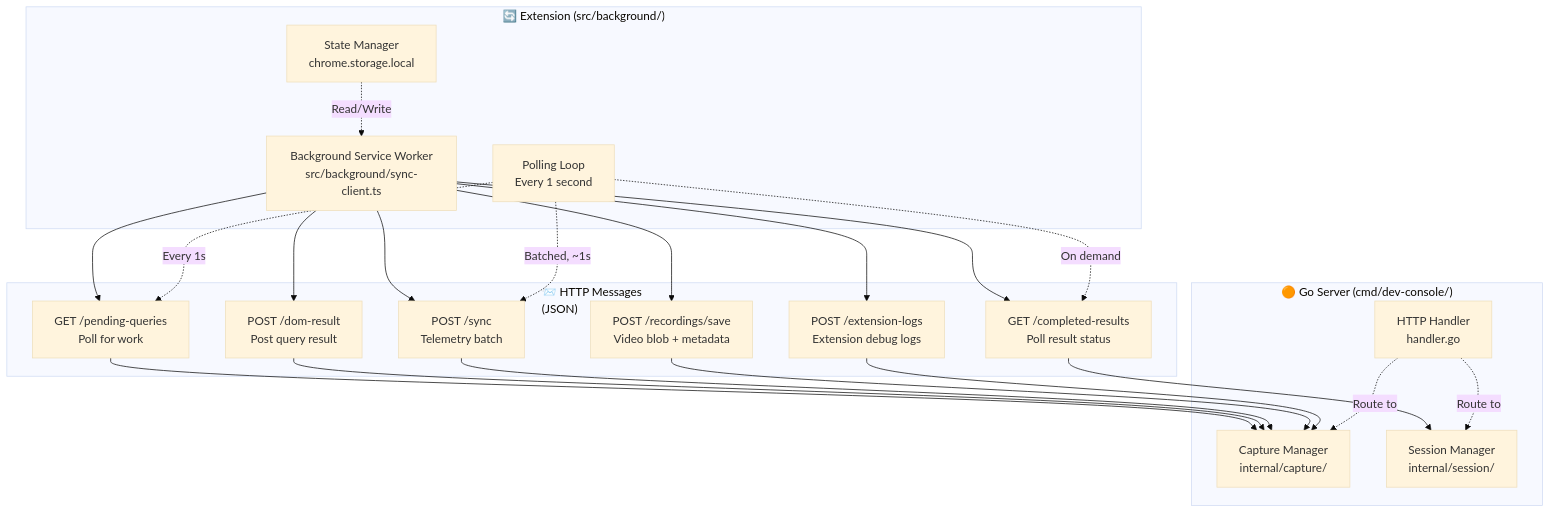
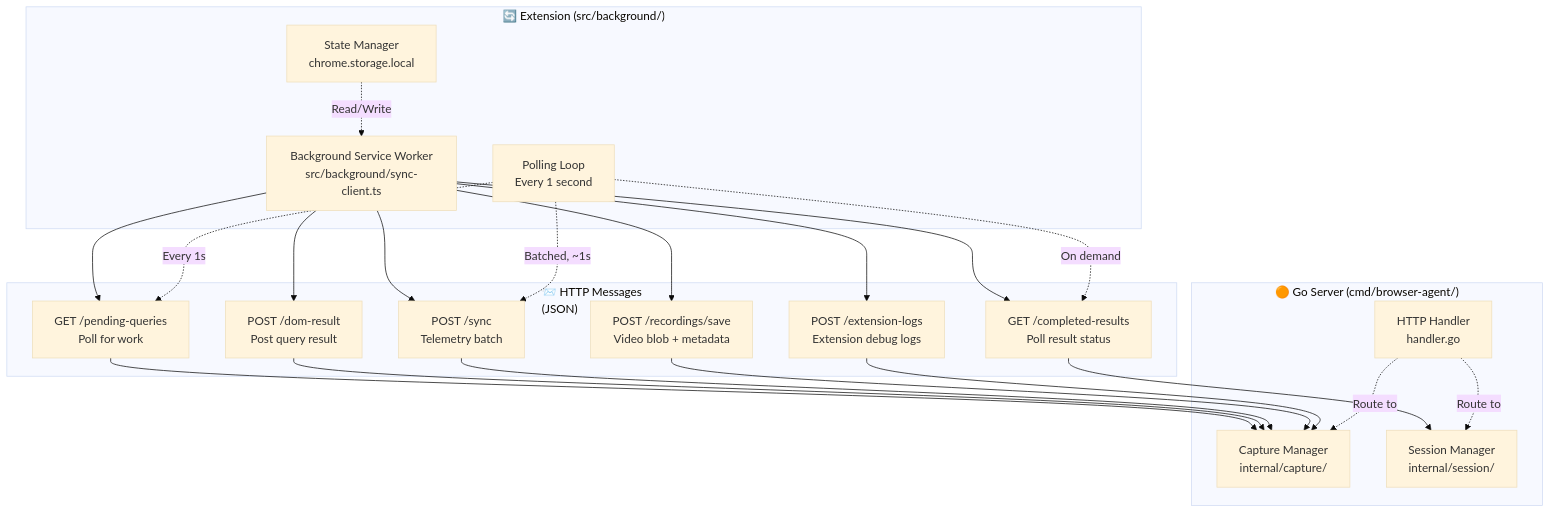
The first of 2 diagrams in docs/architecture/diagrams/extension-message-protocol.md (brennhill/gasoline-mcp-ai-devtools), drawn with Mermaid (base theme) before and after one commit. The commit also changed other lines of this file and 845 other files, not shown here.

First line of the commit message:
refactor: rename cmd/dev-console to cmd/browser-agent

````diff
--- a/docs/architecture/diagrams/extension-message-protocol.md
+++ b/docs/architecture/diagrams/extension-message-protocol.md
@@ -19,45 +19,45 @@
 ```mermaid
 graph TB
     subgraph Extension["🔄 Extension (src/background/)"]
         BGSync["Background Service Worker<br/>src/background/sync-client.ts"]
         BGPoll["Polling Loop<br/>Every 1 second"]
         BGState["State Manager<br/>chrome.storage.local"]
     end
 
-    subgraph Server["🟠 Go Server (cmd/dev-console/)"]
+    subgraph Server["🟠 Go Server (cmd/browser-agent/)"]
         Handler["HTTP Handler<br/>handler.go"]
         Capture["Capture Manager<br/>internal/capture/"]
         Session["Session Manager<br/>internal/session/"]
     end
 
     subgraph Messages["📨 HTTP Messages<br/>(JSON)"]
         PendingQuery["GET /pending-queries<br/>Poll for work"]
         DOMResult["POST /dom-result<br/>Post query result"]
         QueryStatus["GET /completed-results<br/>Poll result status"]
         SyncBatch["POST /sync<br/>Telemetry batch"]
         RecordingSave["POST /recordings/save<br/>Video blob + metadata"]
         ExtLog["POST /extension-logs<br/>Extension debug logs"]
     end
 
     BGSync --> PendingQuery
     BGSync --> DOMResult
     BGSync --> QueryStatus
     BGSync --> SyncBatch
     BGSync --> RecordingSave
     BGSync --> ExtLog
 
     PendingQuery --> Capture
     DOMResult --> Capture
     QueryStatus --> Session
     SyncBatch --> Capture
     RecordingSave --> Capture
     ExtLog --> Capture
 
     BGPoll -.->|Every 1s| PendingQuery
     BGPoll -.->|Batched, ~1s| SyncBatch
     BGPoll -.->|On demand| QueryStatus
 
     BGState -.->|Read/Write| BGSync
     Handler -.->|Route to| Capture
     Handler -.->|Route to| Session
 ```
````
